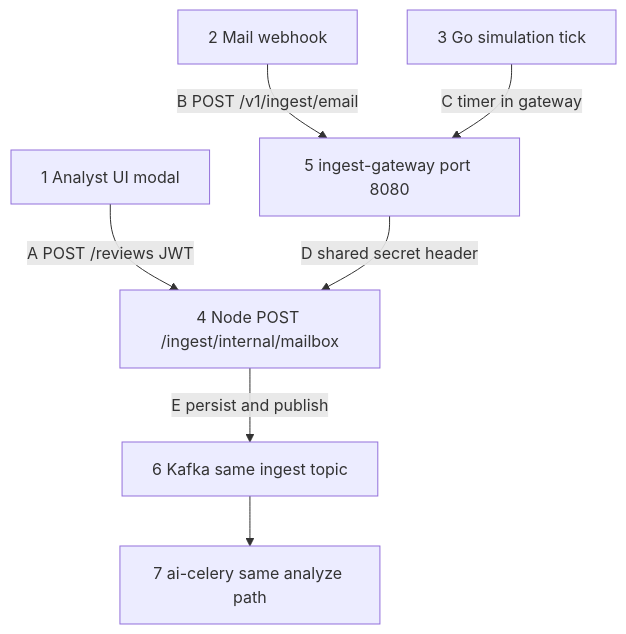
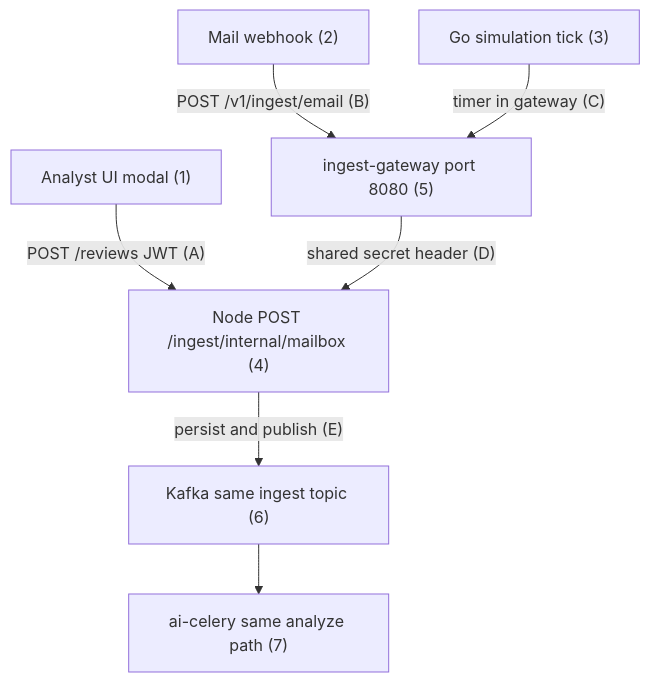
The diagram in docs/diagrams/system-flow-03-mailbox-ingest.mmd (OferElboher/suspicious-email-triage), drawn with Mermaid before and after one commit. The commit also changed 9 other files, not shown here.

First line of the commit message:
Document partial flowcharts in prose and normalize diagram labels.

```diff
--- a/docs/diagrams/system-flow-03-mailbox-ingest.mmd
+++ b/docs/diagrams/system-flow-03-mailbox-ingest.mmd
@@ -1,15 +1,15 @@
 flowchart TB
-  P1["1 Analyst UI modal"]
-  P2["2 Mail webhook"]
-  P3["3 Go simulation tick"]
-  API["4 Node POST /ingest/internal/mailbox"]
-  GW["5 ingest-gateway port 8080"]
-  K["6 Kafka same ingest topic"]
-  CEL["7 ai-celery same analyze path"]
+  P1["Analyst UI modal (1)"]
+  P2["Mail webhook (2)"]
+  P3["Go simulation tick (3)"]
+  API["Node POST /ingest/internal/mailbox (4)"]
+  GW["ingest-gateway port 8080 (5)"]
+  K["Kafka same ingest topic (6)"]
+  CEL["ai-celery same analyze path (7)"]
 
-  P1 -->|"A POST /reviews JWT"| API
-  P2 -->|"B POST /v1/ingest/email"| GW
-  P3 -->|"C timer in gateway"| GW
-  GW -->|"D shared secret header"| API
-  API -->|"E persist and publish"| K
+  P1 -->|"POST /reviews JWT (A)"| API
+  P2 -->|"POST /v1/ingest/email (B)"| GW
+  P3 -->|"timer in gateway (C)"| GW
+  GW -->|"shared secret header (D)"| API
+  API -->|"persist and publish (E)"| K
   K --> CEL
```
